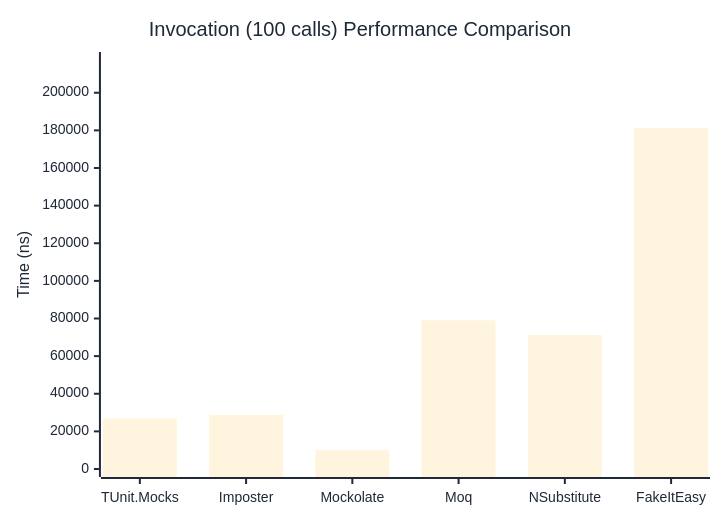
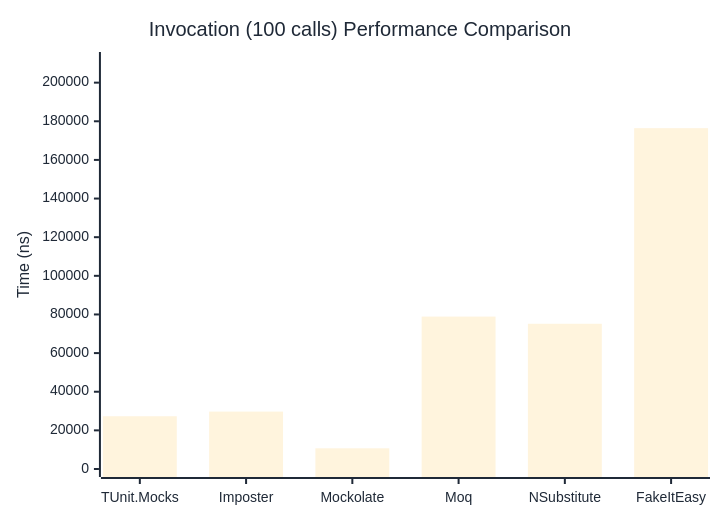
One commit to thomhurst/TUnit changed the third of 3 diagrams in docs/docs/benchmarks/mocks/Invocation.md. Above: the diagram before and after it, drawn with Mermaid. The commit also changed other lines of this file and 14 other files, not shown here.

````diff
--- a/docs/docs/benchmarks/mocks/Invocation.md
+++ b/docs/docs/benchmarks/mocks/Invocation.md
@@ -112,27 +112,27 @@
 ```mermaid
 %%{init: {
   'theme':'base',
   'themeVariables': {
     'primaryColor': '#2563eb',
     'primaryTextColor': '#1f2937',
     'primaryBorderColor': '#1e40af',
     'lineColor': '#6b7280',
     'secondaryColor': '#7c3aed',
     'tertiaryColor': '#dc2626',
     'background': '#ffffff',
     'pie1': '#2563eb',
     'pie2': '#7c3aed',
     'pie3': '#dc2626',
     'pie4': '#f59e0b',
     'pie5': '#10b981',
     'pie6': '#06b6d4',
     'pie7': '#ec4899',
     'pie8': '#6366f1'
   }
 }}%%
 xychart-beta
   title "Invocation (100 calls) Performance Comparison"
   x-axis ["TUnit.Mocks", "Imposter", "Mockolate", "Moq", "NSubstitute", "FakeItEasy"]
-  y-axis "Time (ns)" 0 --> 217404
-  bar [26850.4, 28782.98, 10047.18, 78996.11, 71259.47, 181169.39]
+  y-axis "Time (ns)" 0 --> 211722
+  bar [27313.01, 29713.79, 10720.1, 78900.23, 75178.99, 176434.93]
 ```
````
